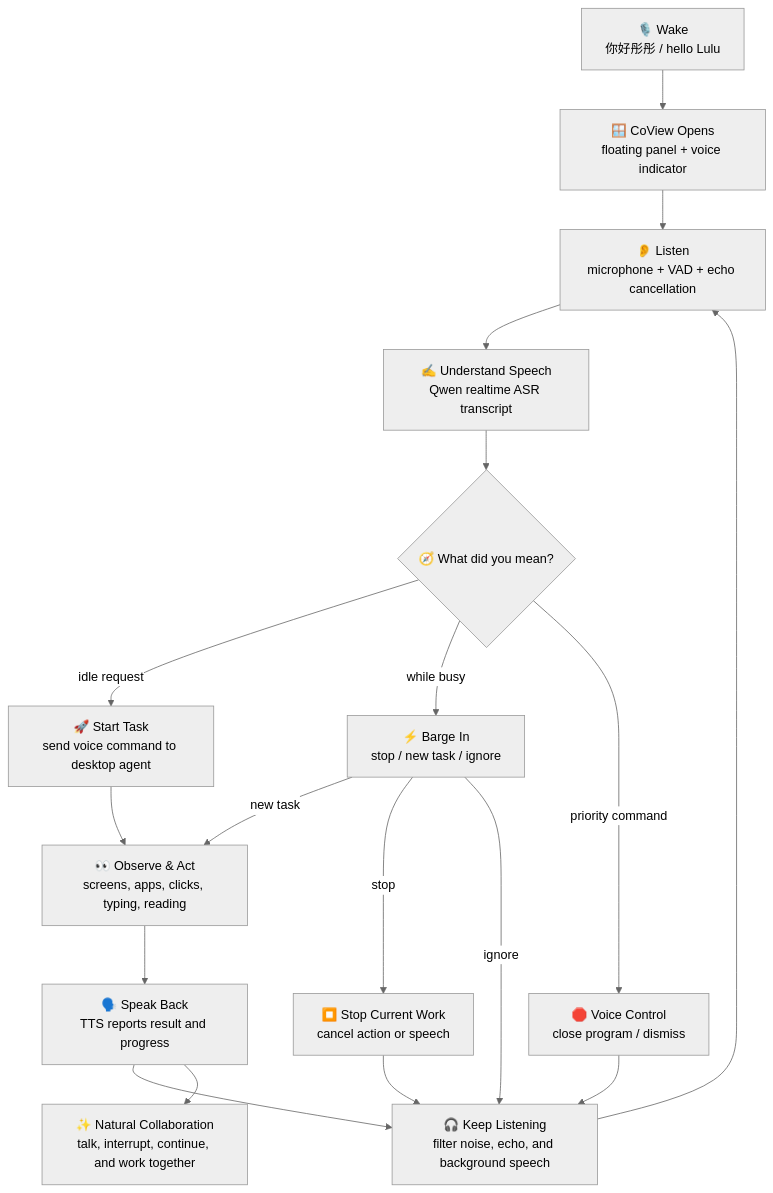
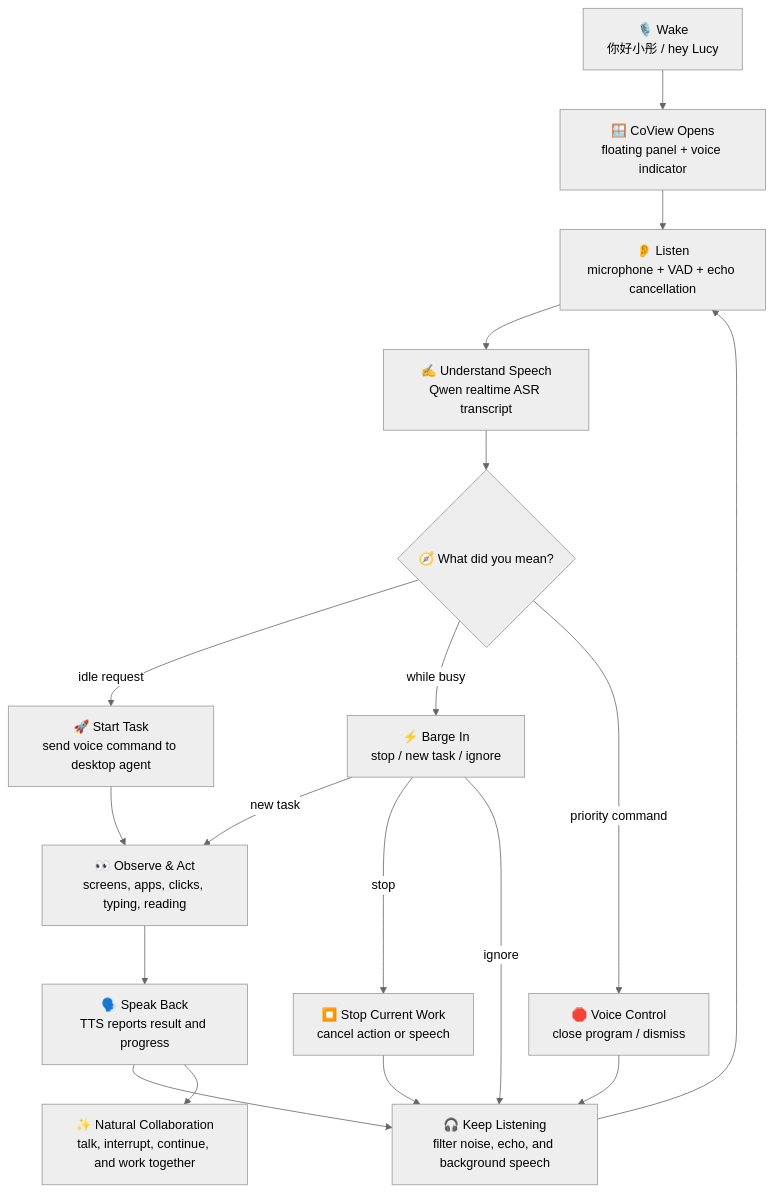
The first of 2 diagrams in docs/COVIEW_VOICE_FLOW.md (mini-yifan/CoView), drawn with Mermaid (neutral theme) before and after one commit. The commit also changed other lines of this file and 13 other files, not shown here.

````diff
--- a/docs/COVIEW_VOICE_FLOW.md
+++ b/docs/COVIEW_VOICE_FLOW.md
@@ -5,24 +5,24 @@
 ```mermaid
 flowchart TD
-    A["🎙️ Wake<br/>你好彤彤 / hello Lulu"] --> B["🪟 CoView Opens<br/>floating panel + voice indicator"]
+    A["🎙️ Wake<br/>你好小彤 / hey Lucy"] --> B["🪟 CoView Opens<br/>floating panel + voice indicator"]
     B --> C["👂 Listen<br/>microphone + VAD + echo cancellation"]
     C --> D["✍️ Understand Speech<br/>Qwen realtime ASR transcript"]
     D --> E{"🧭 What did you mean?"}
 
     E -->|idle request| F["🚀 Start Task<br/>send voice command to desktop agent"]
     E -->|while busy| G["⚡ Barge In<br/>stop / new task / ignore"]
     E -->|priority command| H["🛑 Voice Control<br/>close program / dismiss"]
 
     F --> I["👀 Observe & Act<br/>screens, apps, clicks, typing, reading"]
     G -->|new task| I
     G -->|stop| J["⏹️ Stop Current Work<br/>cancel action or speech"]
     G -->|ignore| K["🎧 Keep Listening<br/>filter noise, echo, and background speech"]
 
     I --> L["🗣️ Speak Back<br/>TTS reports result and progress"]
     J --> K
     H --> K
     L --> K
     K --> C
 
     L --> M["✨ Natural Collaboration<br/>talk, interrupt, continue, and work together"]
 ```
````
